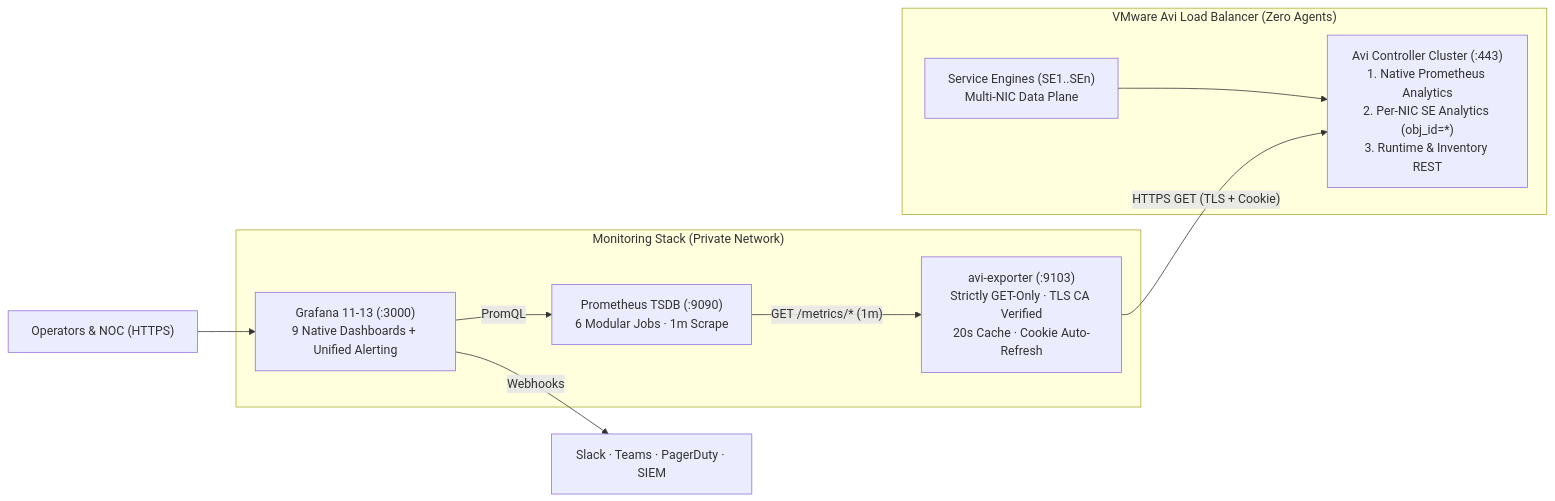
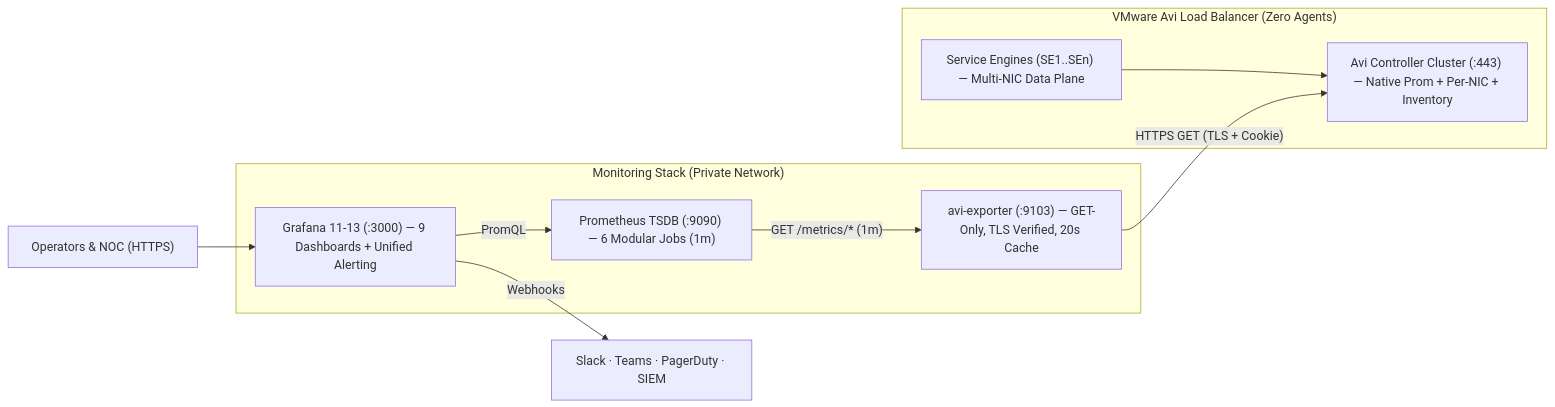
Before and after one commit to mitchchen/avi-prometheus-grafana: the diagram in README.md, drawn with Mermaid. The commit also changed other lines of this file and 2 other files, not shown here.

Commit message:
Docs: expand Docker Compose Quick Start with step-by-step Avi user, secrets, TLS CA, and verification guides

````diff
--- a/README.md
+++ b/README.md
@@ -15,20 +15,20 @@
 ```mermaid
 flowchart LR
     subgraph Avi["VMware Avi Load Balancer (Zero Agents)"]
-        SE["Service Engines (SE1..SEn)<br/>Multi-NIC Data Plane"]
-        CTRL["Avi Controller Cluster (:443)<br/>1. Native Prometheus Analytics<br/>2. Per-NIC SE Analytics (obj_id=*)<br/>3. Runtime & Inventory REST"]
+        SE["Service Engines (SE1..SEn) — Multi-NIC Data Plane"]
+        CTRL["Avi Controller Cluster (:443) — Native Prom + Per-NIC + Inventory"]
         SE --> CTRL
     end
 
     subgraph Stack["Monitoring Stack (Private Network)"]
-        EXP["avi-exporter (:9103)<br/>Strictly GET-Only · TLS CA Verified<br/>20s Cache · Cookie Auto-Refresh"]
-        PROM["Prometheus TSDB (:9090)<br/>6 Modular Jobs · 1m Scrape"]
-        GRAF["Grafana 11-13 (:3000)<br/>9 Native Dashboards + Unified Alerting"]
+        EXP["avi-exporter (:9103) — GET-Only, TLS Verified, 20s Cache"]
+        PROM["Prometheus TSDB (:9090) — 6 Modular Jobs (1m)"]
+        GRAF["Grafana 11-13 (:3000) — 9 Dashboards + Unified Alerting"]
         PROM -->|"GET /metrics/* (1m)"| EXP
         GRAF -->|"PromQL"| PROM
     end
 
     EXP -->|"HTTPS GET (TLS + Cookie)"| CTRL
     OPS["Operators & NOC (HTTPS)"] --> GRAF
     GRAF -->|"Webhooks"| ALERT["Slack · Teams · PagerDuty · SIEM"]
 ```
````
